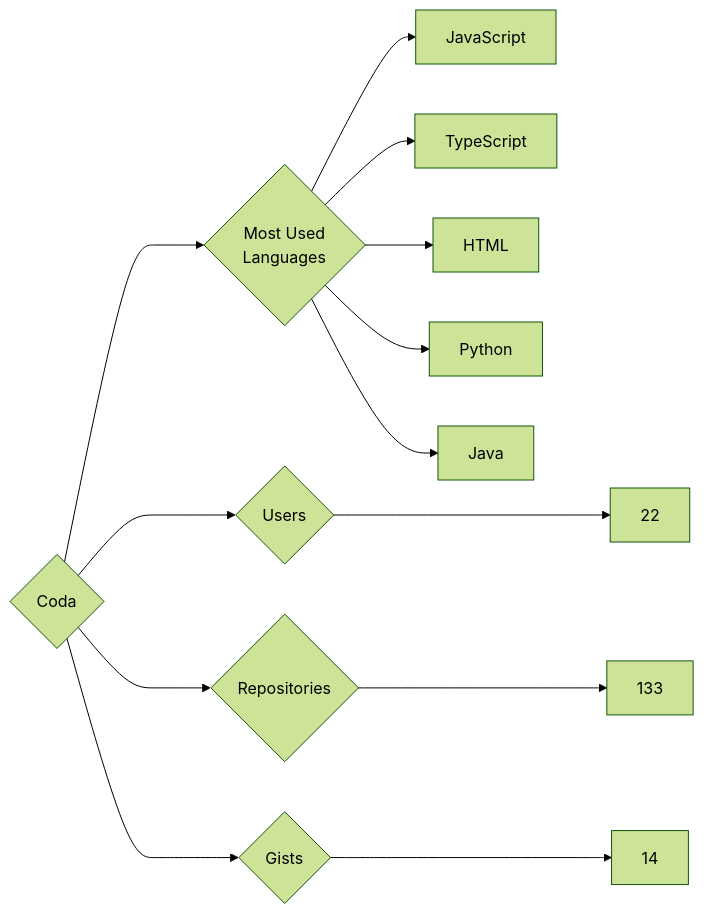
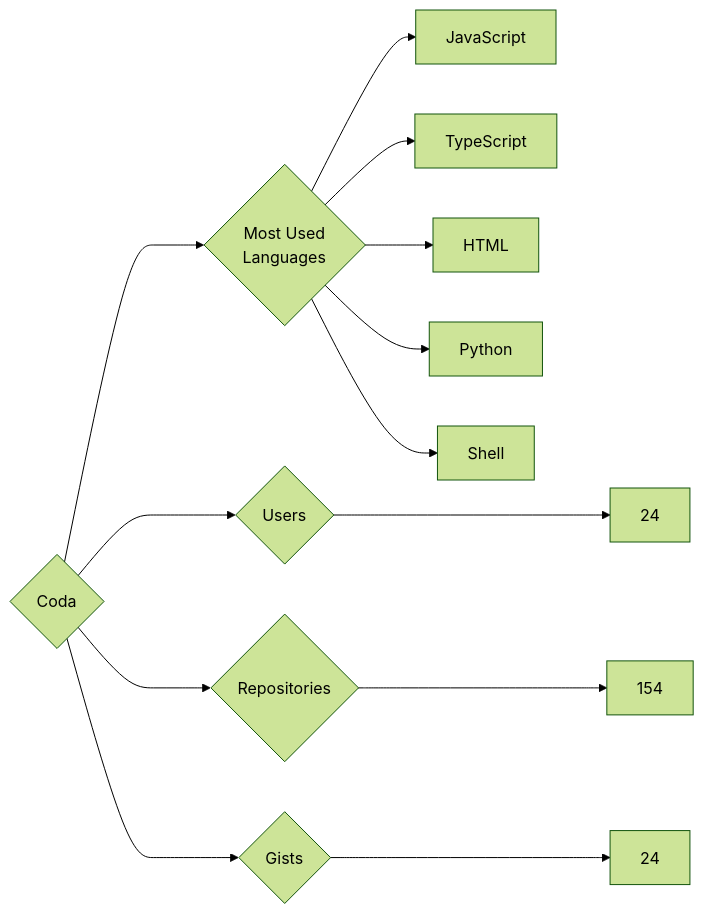
The diagram in targets/Coda/README.md (trickest/insiders), drawn with Mermaid (forest theme) before and after one commit. The commit also changed 899 other files, not shown here.

````diff
--- a/targets/Coda/README.md
+++ b/targets/Coda/README.md
@@ -3,13 +3,13 @@
 ```mermaid
 graph LR
 COMPANY_NAME{Coda}
-COMPANY_NAME ---> U{Users} ---> UN[22]
-COMPANY_NAME ---> R{Repositories} ---> RN[133]
-COMPANY_NAME ---> G{Gists} ---> GN[14]
+COMPANY_NAME ---> U{Users} ---> UN[24]
+COMPANY_NAME ---> R{Repositories} ---> RN[154]
+COMPANY_NAME ---> G{Gists} ---> GN[24]
 COMPANY_NAME ---> ML{Most Used<br>Languages}
 ML --> JavaScript[JavaScript]
 ML --> TypeScript[TypeScript]
 ML --> HTML[HTML]
 ML --> Python[Python]
-ML --> Java[Java]
+ML --> Shell[Shell]
 ```
````
